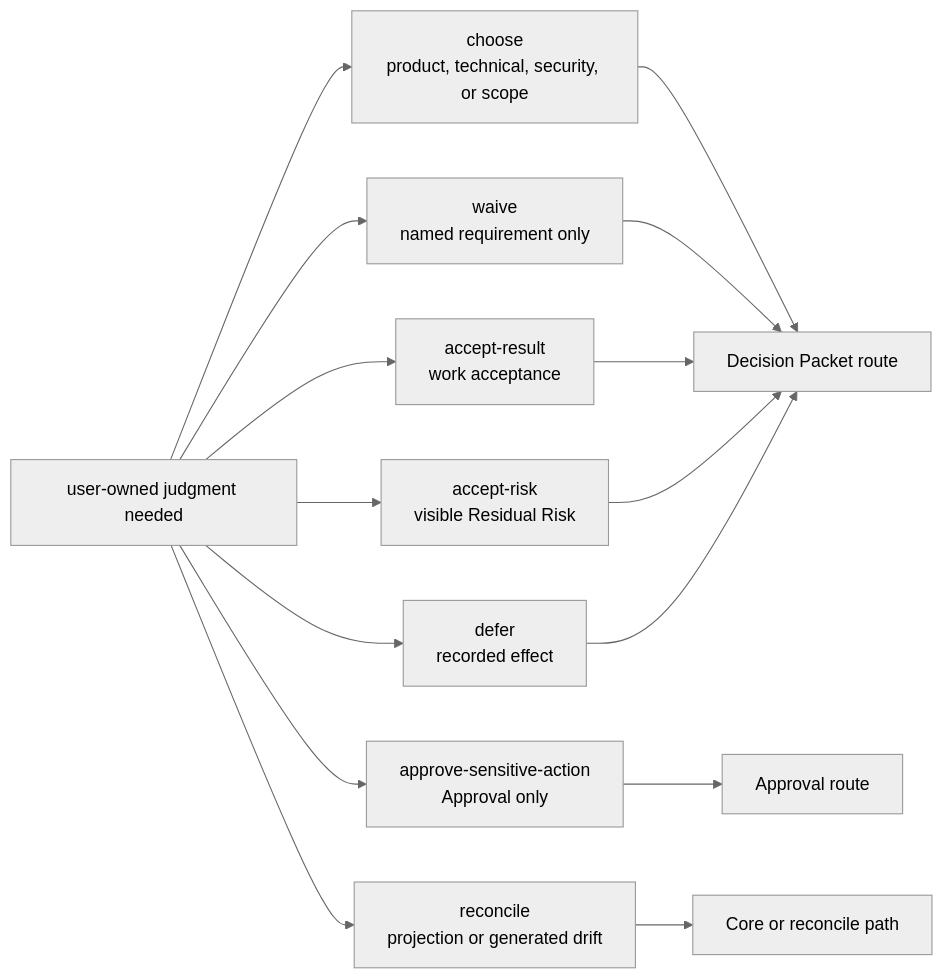
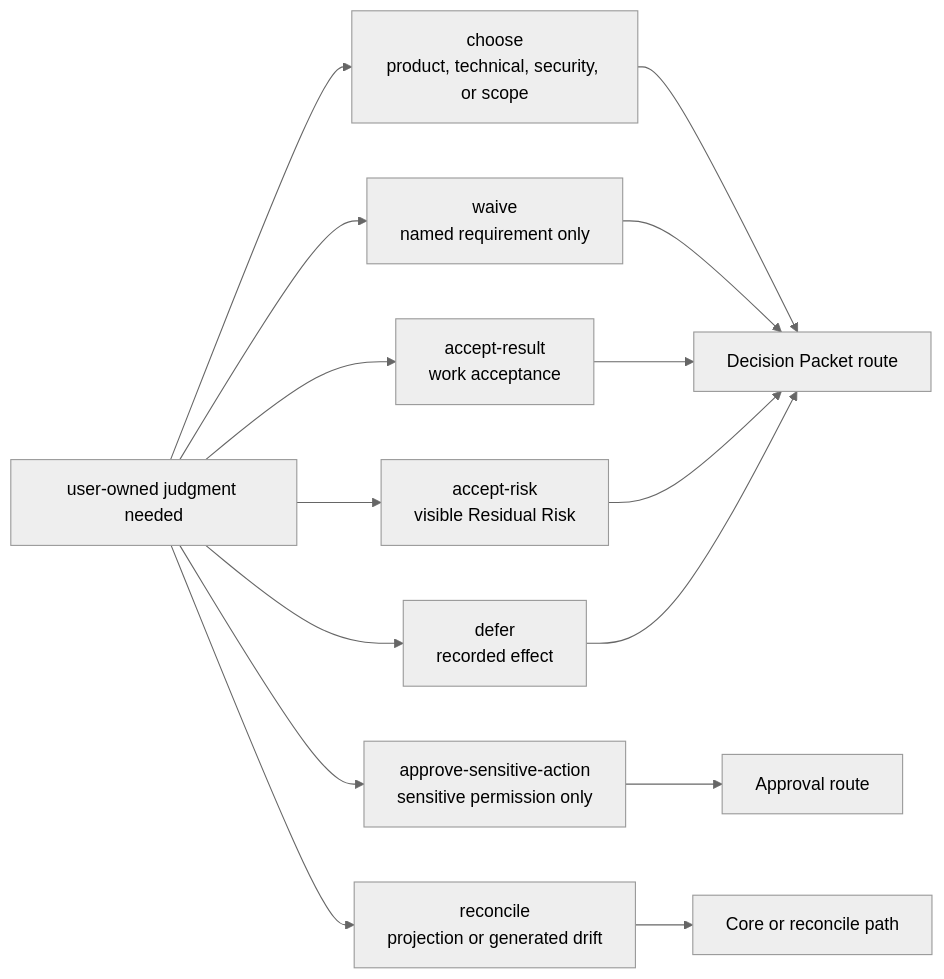
Before and after one commit to minjungw00/Harness_Project: the first of 3 diagrams in docs/en/reference/kernel.md, drawn with Mermaid (neutral theme). The commit also changed other lines of this file and 45 other files, not shown here.

Commit message:
docs: align sensitive-action approval staging

````diff
--- a/docs/en/reference/kernel.md
+++ b/docs/en/reference/kernel.md
@@ -135,19 +135,19 @@
 ```mermaid
 flowchart LR
   Need["user-owned judgment needed"]
   Need --> Choose["choose<br/>product, technical, security, or scope"]
-  Need --> Approve["approve-sensitive-action<br/>Approval only"]
+  Need --> Approve["approve-sensitive-action<br/>sensitive permission only"]
   Need --> Waive["waive<br/>named requirement only"]
   Need --> Accept["accept-result<br/>work acceptance"]
   Need --> Risk["accept-risk<br/>visible Residual Risk"]
   Need --> Reconcile["reconcile<br/>projection or generated drift"]
   Need --> Defer["defer<br/>recorded effect"]
 
   Choose --> Decision["Decision Packet route"]
   Waive --> Decision
   Accept --> Decision
   Risk --> Decision
   Defer --> Decision
   Approve --> Approval["Approval route"]
   Reconcile --> CorePath["Core or reconcile path"]
 ```
````
